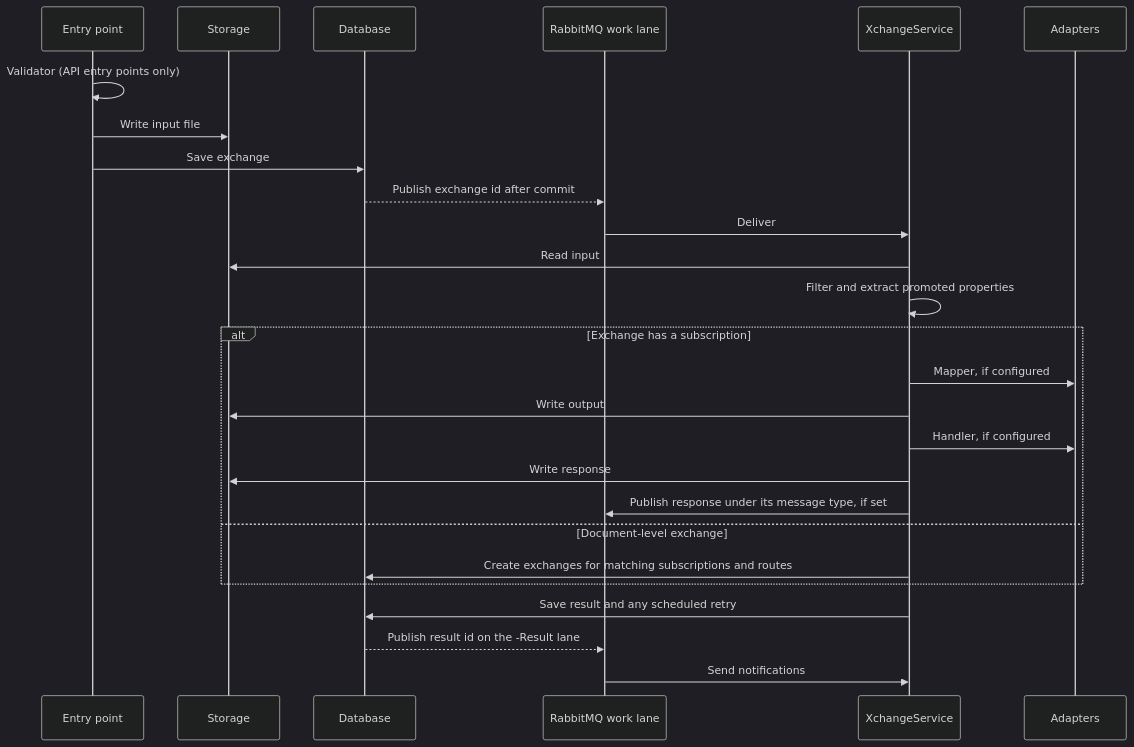
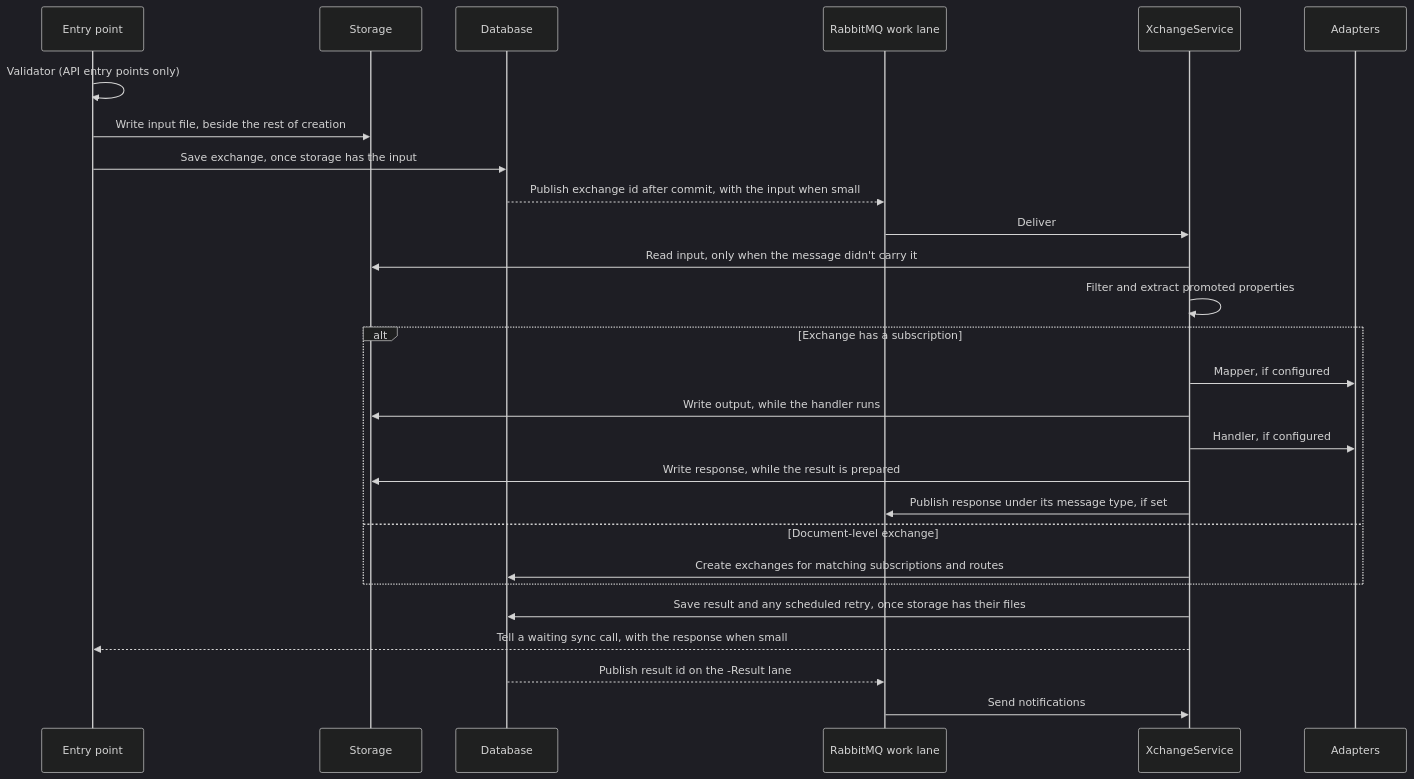
The diagram in docs/exchange-pipeline.md (simplify9/Bitween-api), drawn with Mermaid (dark theme) before and after one commit. The commit also changed other lines of this file and 31 other files, not shown here.

````diff
--- a/docs/exchange-pipeline.md
+++ b/docs/exchange-pipeline.md
@@ -7,28 +7,29 @@
 ```mermaid
 sequenceDiagram
   participant E as Entry point
   participant S as Storage
   participant DB as Database
   participant Q as RabbitMQ work lane
   participant X as XchangeService
   participant A as Adapters
   E->>E: Validator (API entry points only)
-  E->>S: Write input file
-  E->>DB: Save exchange
-  DB-->>Q: Publish exchange id after commit
+  E->>S: Write input file, beside the rest of creation
+  E->>DB: Save exchange, once storage has the input
+  DB-->>Q: Publish exchange id after commit, with the input when small
   Q->>X: Deliver
-  X->>S: Read input
+  X->>S: Read input, only when the message didn't carry it
   X->>X: Filter and extract promoted properties
   alt Exchange has a subscription
     X->>A: Mapper, if configured
-    X->>S: Write output
+    X->>S: Write output, while the handler runs
     X->>A: Handler, if configured
-    X->>S: Write response
+    X->>S: Write response, while the result is prepared
     X->>Q: Publish response under its message type, if set
   else Document-level exchange
     X->>DB: Create exchanges for matching subscriptions and routes
   end
-  X->>DB: Save result and any scheduled retry
+  X->>DB: Save result and any scheduled retry, once storage has their files
+  X-->>E: Tell a waiting sync call, with the response when small
   DB-->>Q: Publish result id on the -Result lane
   Q->>X: Send notifications
 ```
````
